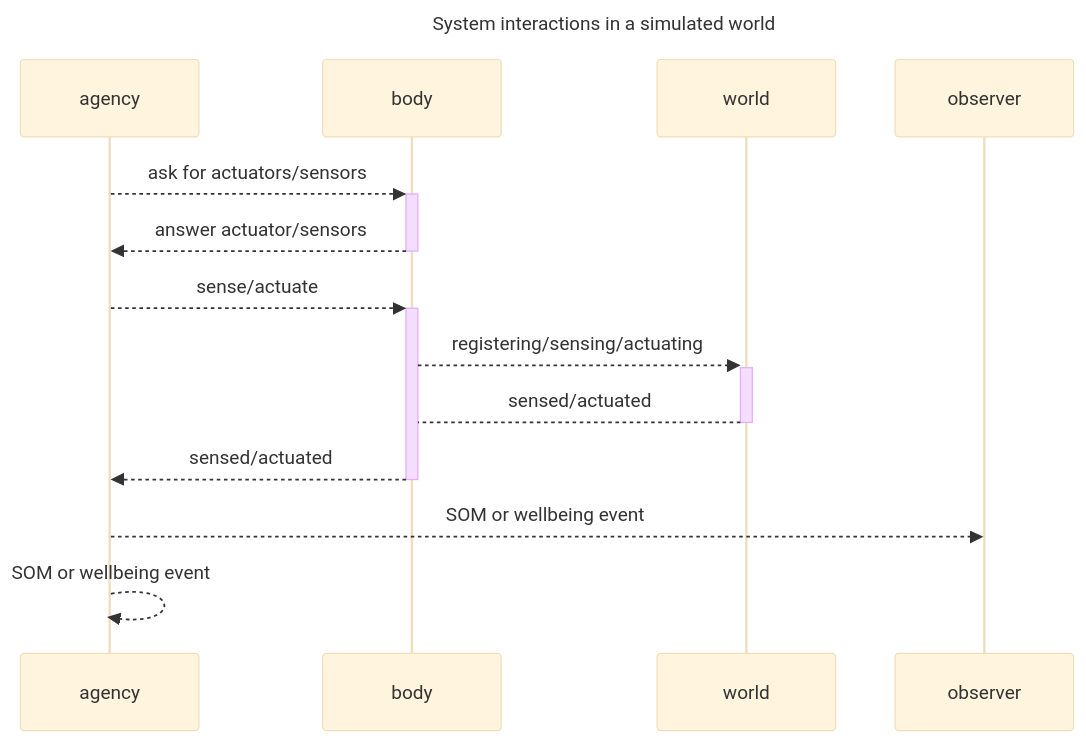
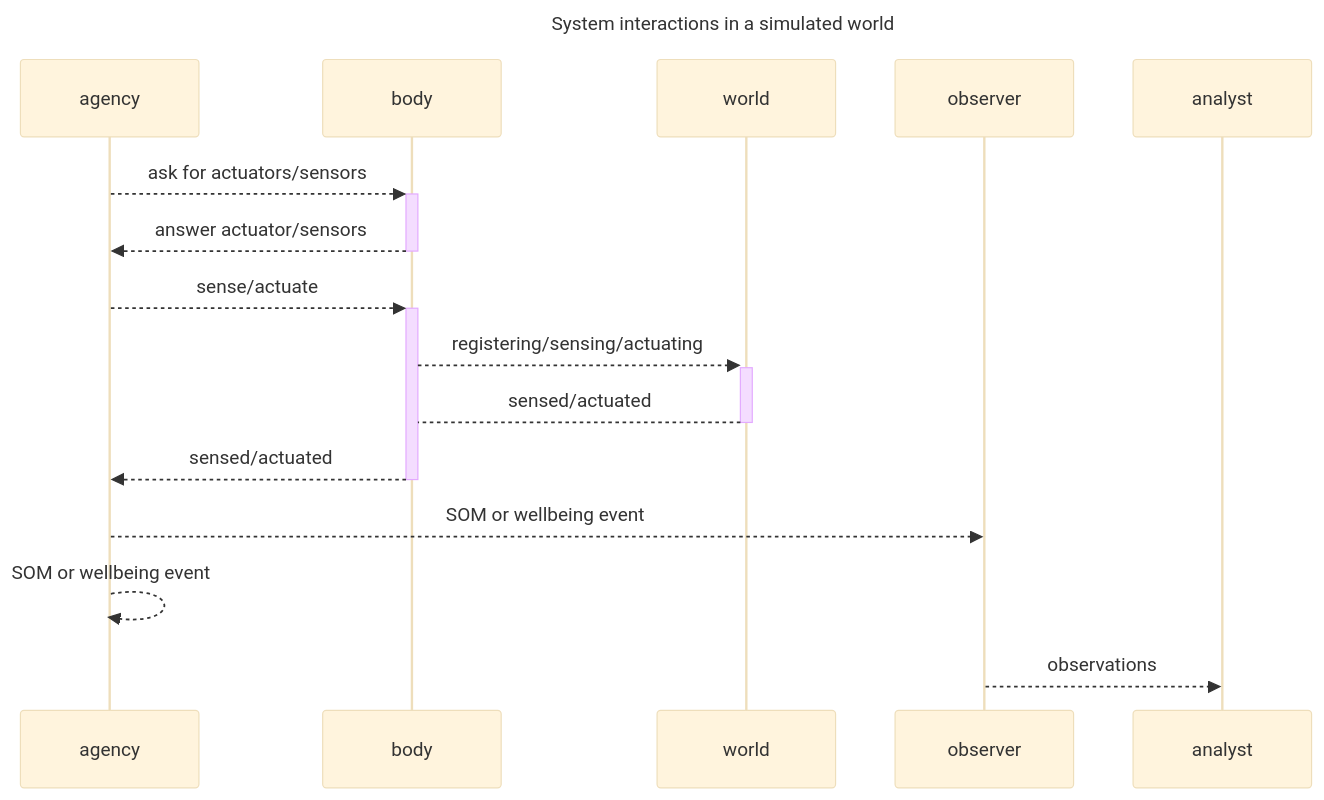
The fourth of 4 diagrams in system.md (jfcloutier/karma_system), drawn with Mermaid (base theme) before and after one commit. The commit also changed other lines of this file and 2 other files, not shown here.

````diff
--- a/system.md
+++ b/system.md
@@ -126,19 +141,20 @@
 ```mermaid
 ---
 title: System interactions in a simulated world
 ---
 
 sequenceDiagram;
     participant agency
     participant body
     participant world
     participant observer
     agency-->>+body: ask for actuators/sensors
     body-->>-agency: answer actuator/sensors
     agency-->>+body: sense/actuate
     body-->>+world: registering/sensing/actuating
     world-->-body: sensed/actuated
     body-->>-agency: sensed/actuated
     agency-->>observer: SOM or wellbeing event
     agency-->>agency: SOM or wellbeing event
+    observer-->>analyst:observations
 ```
````
